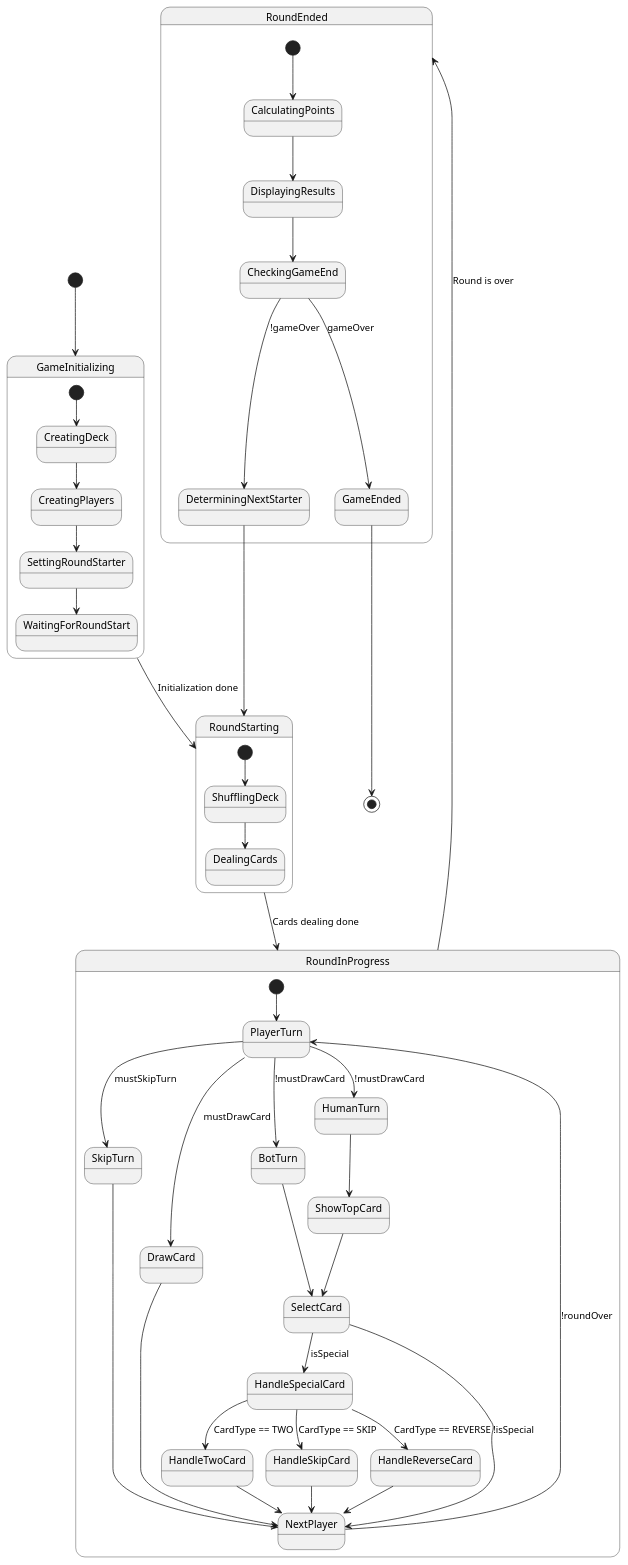
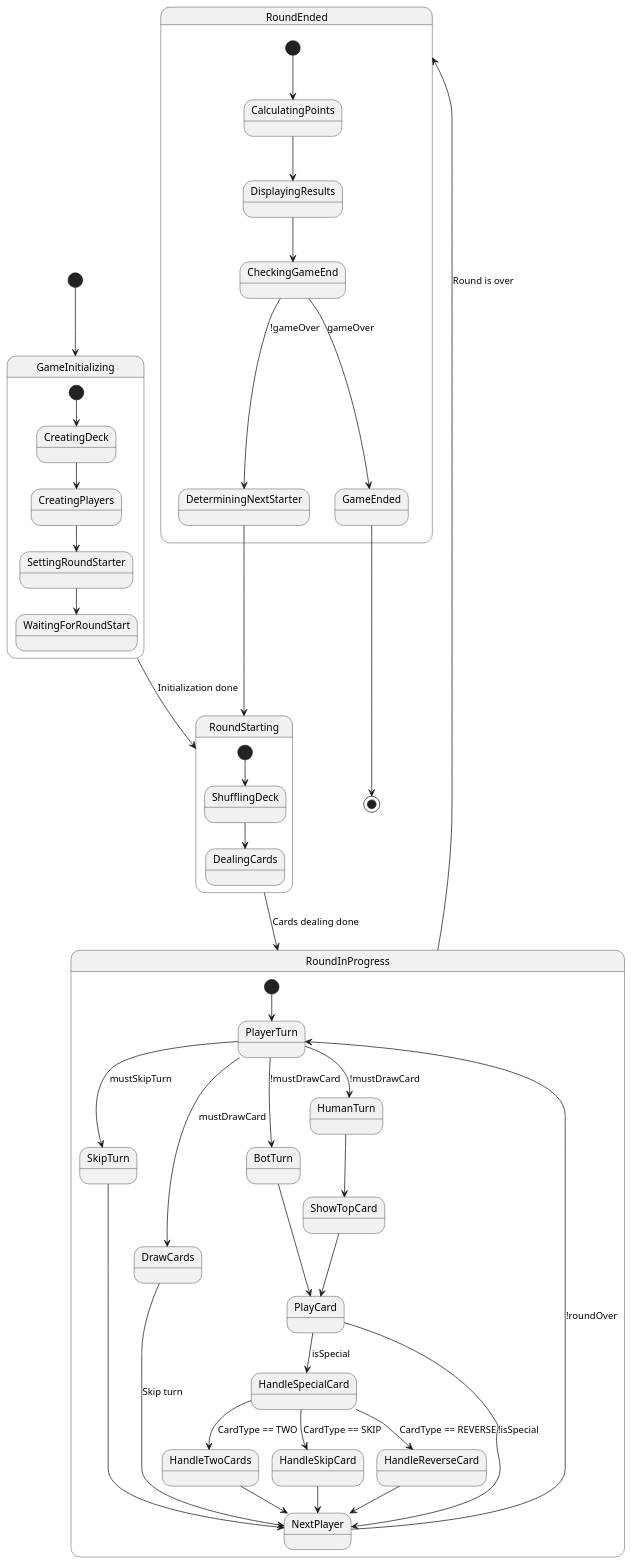
The diagram in diagrams/state.puml (kb1prb13/mau-mau-challenge), drawn with PlantUML before and after one commit. The commit also changed 5 other files, not shown here.

Commit message:
Update activity and class diagrams, add a new class diagram generated ny Intellij IDEA

```diff
--- a/diagrams/state.puml
+++ b/diagrams/state.puml
@@ -1,61 +1,61 @@
 @startuml
 [*] --> GameInitializing
 
 state GameInitializing {
   [*] --> CreatingDeck
   CreatingDeck --> CreatingPlayers
   CreatingPlayers --> SettingRoundStarter
   SettingRoundStarter --> WaitingForRoundStart
 }
 
 GameInitializing --> RoundStarting : Initialization done
 
 state RoundStarting {
   [*] --> ShufflingDeck
   ShufflingDeck --> DealingCards
 }
 
 RoundStarting --> RoundInProgress : Cards dealing done
 
 state RoundInProgress {
   [*] --> PlayerTurn
   PlayerTurn --> SkipTurn : mustSkipTurn
-  PlayerTurn --> DrawCard : mustDrawCard
+  PlayerTurn --> DrawCards : mustDrawCard
   PlayerTurn --> BotTurn : !mustDrawCard
   PlayerTurn --> HumanTurn : !mustDrawCard
 
   HumanTurn --> ShowTopCard
-  ShowTopCard --> SelectCard
+  ShowTopCard --> PlayCard
 
-  BotTurn --> SelectCard
+  BotTurn --> PlayCard
   
-  SelectCard --> HandleSpecialCard : isSpecial
+  PlayCard --> HandleSpecialCard : isSpecial
 
-  HandleSpecialCard --> HandleTwoCard : CardType == TWO
+  HandleSpecialCard --> HandleTwoCards : CardType == TWO
   HandleSpecialCard --> HandleSkipCard : CardType == SKIP
   HandleSpecialCard --> HandleReverseCard : CardType == REVERSE
 
   SkipTurn --> NextPlayer
-  DrawCard --> NextPlayer
-  HandleTwoCard --> NextPlayer
+  DrawCards --> NextPlayer : Skip turn
+  HandleTwoCards --> NextPlayer
   HandleSkipCard --> NextPlayer
   HandleReverseCard --> NextPlayer
-  SelectCard --> NextPlayer : !isSpecial
+  PlayCard --> NextPlayer : !isSpecial
 
   NextPlayer --> PlayerTurn : !roundOver
 }
 
 RoundInProgress --> RoundEnded : Round is over
 
 state RoundEnded {
   [*] --> CalculatingPoints
   CalculatingPoints --> DisplayingResults
   DisplayingResults --> CheckingGameEnd
   CheckingGameEnd --> GameEnded : gameOver
   CheckingGameEnd --> DeterminingNextStarter : !gameOver
   DeterminingNextStarter --> RoundStarting
 }
 
 GameEnded --> [*]
 
 @enduml
```
